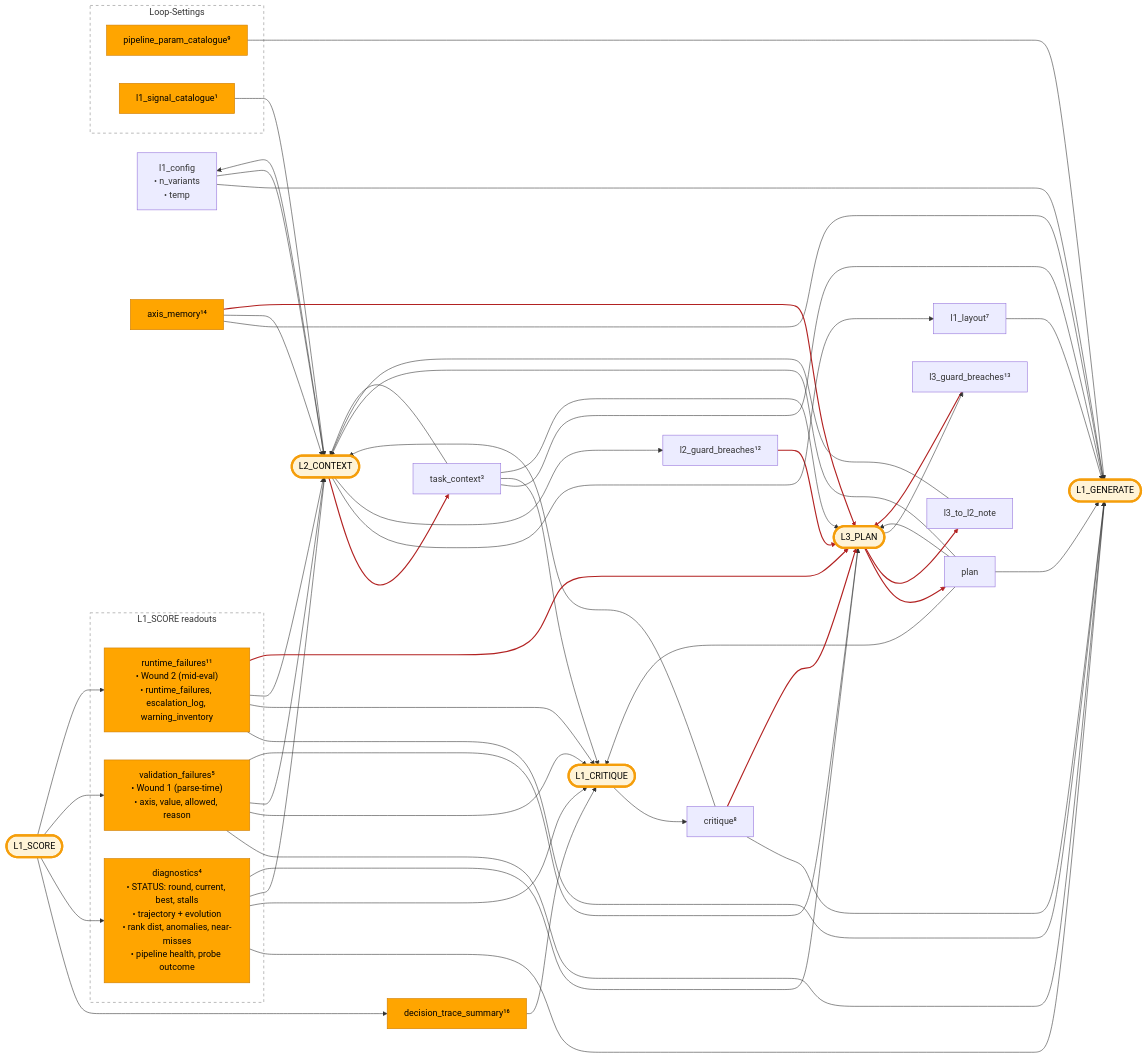
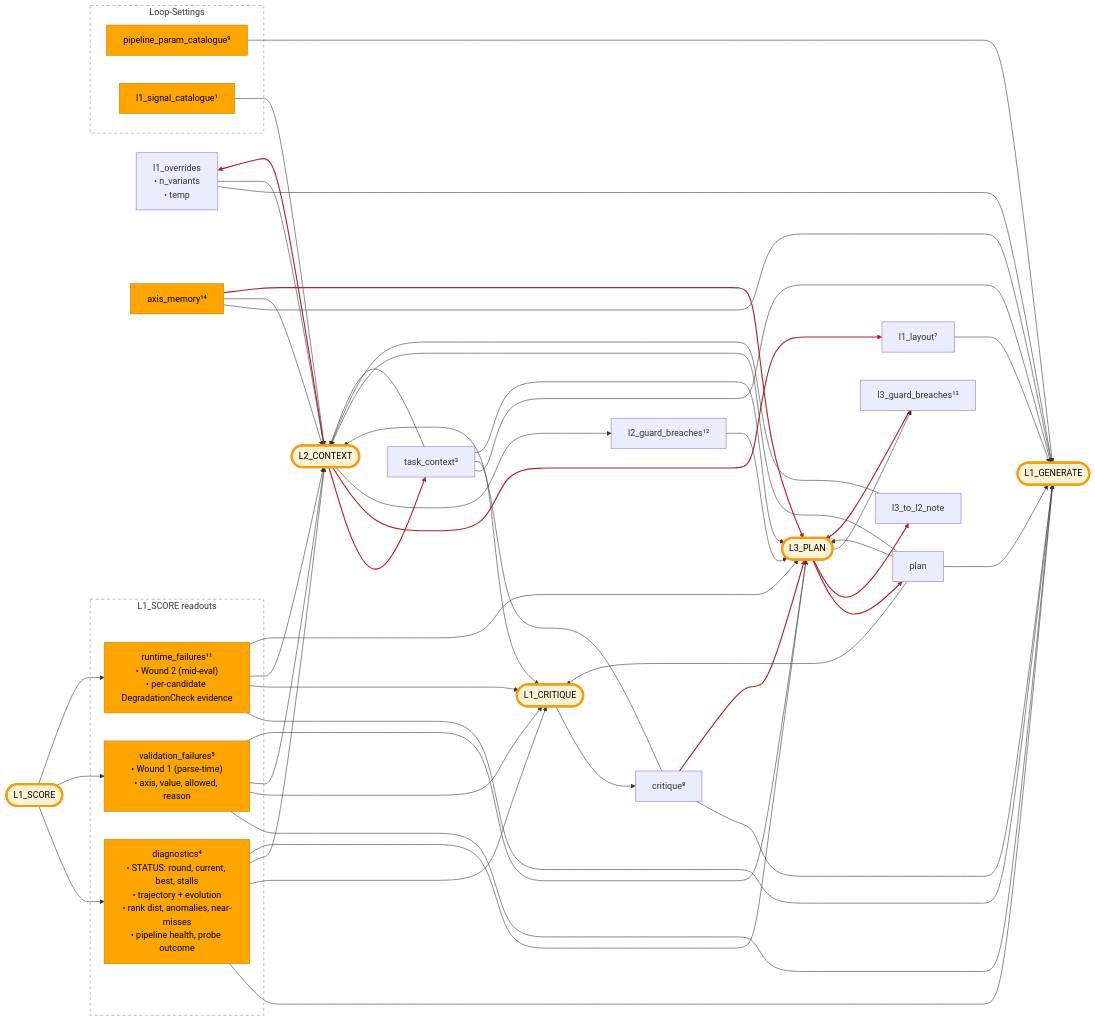
One commit to PromptPotter/prompt-potter-optimizer changed the diagram in docs/developer/dispatch-hub.md. Above: the diagram before and after it, drawn with Mermaid. The commit also changed other lines of this file and 14 other files, not shown here.

```diff
--- a/docs/developer/dispatch-hub.md
+++ b/docs/developer/dispatch-hub.md
@@ -19,7 +19,7 @@
   classDef proc fill:#fff3d6,stroke:#f59e0b,stroke-width:4px,color:#000
 
   %% Standalone AI-generated inputs (not produced inside a single LLM stage)
-  CPAR["l1_config<br/>• n_variants<br/>• temp"]
+  CPAR["l1_overrides<br/>• n_variants<br/>• temp"]
 
   %% L1_SCORE readouts — distinct hub variables, same producer cluster.
   %% diagnostics is per-round on Bundle.digest; the failures variants
@@ -27,7 +27,7 @@
   subgraph SR["L1_SCORE readouts"]
     DIAG["diagnostics⁴<br/>• STATUS: round, current, best, stalls<br/>• trajectory + evolution<br/>• rank dist, anomalies, near-misses<br/>• pipeline health, probe outcome"]:::det
     VFAIL["validation_failures⁵<br/>• Wound 1 (parse-time)<br/>• axis, value, allowed, reason"]:::det
-    RFAIL["runtime_failures¹¹<br/>• Wound 2 (mid-eval)<br/>• runtime_failures, escalation_log, warning_inventory"]:::det
+    RFAIL["runtime_failures¹¹<br/>• Wound 2 (mid-eval)<br/>• per-candidate DegradationCheck evidence"]:::det
   end
   style SR fill:none,stroke:#888,stroke-dasharray: 5 5
 
@@ -55,10 +55,7 @@
   %% Cross-round AxisIndex digest
   AXM[axis_memory¹⁴]:::det
 
-  %% PoBB decision trail — surfaced to L1_CRITIQUE
-  DTS[decision_trace_summary¹⁶]:::det
-
-  %% L1_CRITIQUE + its produced signal
+  %% L1_CRITIQUE + its produced injection
   subgraph L1CG[" "]
     L1C([L1_CRITIQUE]):::proc
     CRIT[critique⁸]
@@ -86,16 +83,12 @@
   LAYOUT --> L1G
   AXM --> L1G
 
-  %% PoBB decision trail — surfaced to L1_CRITIQUE
-  L1S --> DTS
-
   %% L1_CRITIQUE inputs
   PLAN --> L1C
   TC --> L1C
   DIAG --> L1C
   VFAIL --> L1C
   RFAIL --> L1C
-  DTS --> L1C
 
   %% L2_CONTEXT inputs — sees measurement-derived failures only.
   %% L2 doesn't see l2_guard_breaches because Wound 4 fires L3 immediately
```
